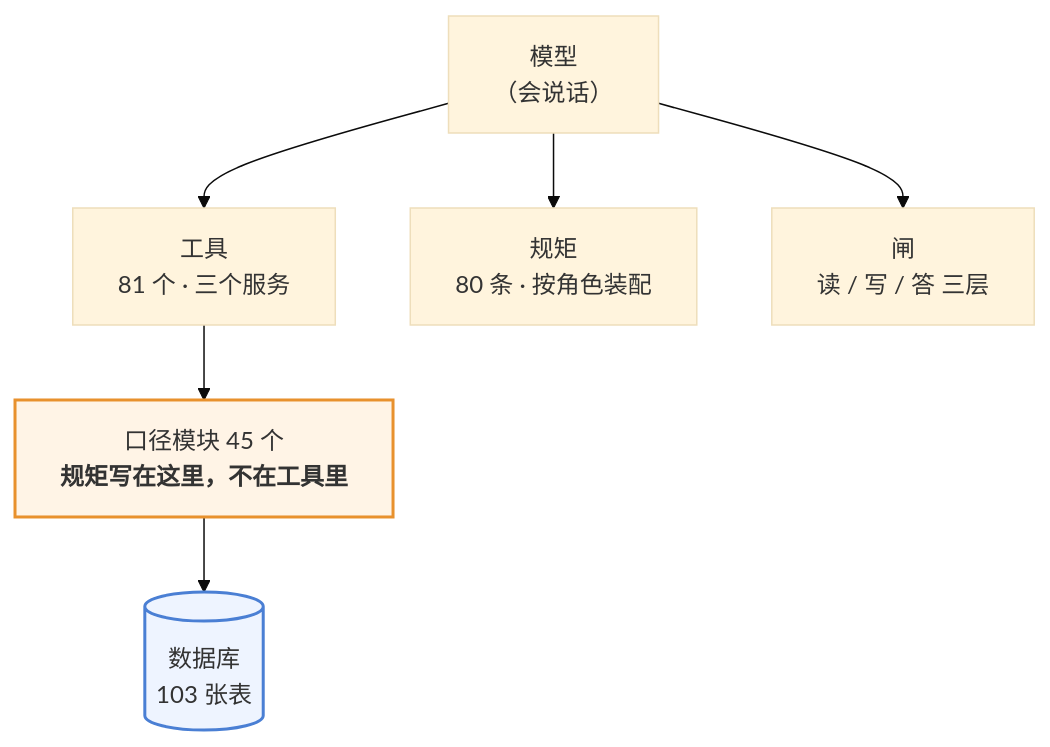
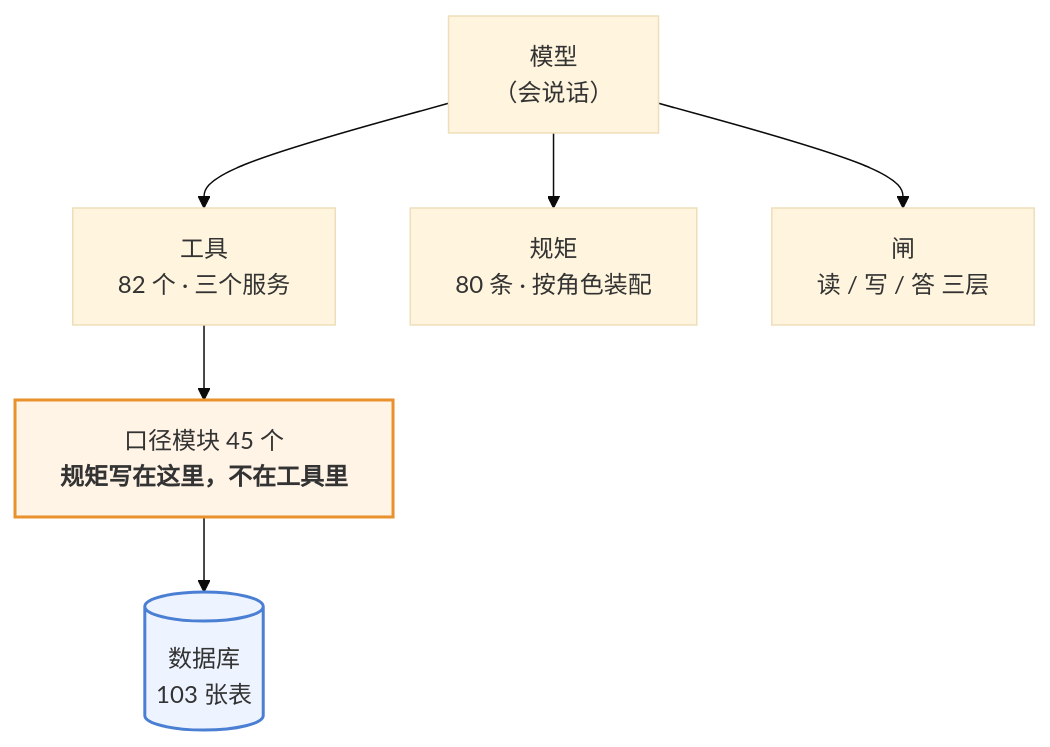
The first of 3 diagrams in 澜绣云裳agent-产品说明.md (843773296-rgb/lanxiu-yunshang-agent), drawn with Mermaid (base theme) before and after one commit. The commit also changed other lines of this file and 14 other files, not shown here.

````diff
--- a/澜绣云裳agent-产品说明.md
+++ b/澜绣云裳agent-产品说明.md
@@ -62,12 +62,12 @@
 ```mermaid
 flowchart TD
     M["模型<br/>（会说话）"]
-    M --> T["工具<br/>81 个 · 三个服务"]
+    M --> T["工具<br/>82 个 · 三个服务"]
     M --> R["规矩<br/>80 条 · 按角色装配"]
     M --> G["闸<br/>读 / 写 / 答 三层"]
     T --> K["口径模块 45 个<br/><b>规矩写在这里，不在工具里</b>"]
     K --> DB[("数据库<br/>103 张表")]
 
     style K fill:#fff4e6,stroke:#e8912d,stroke-width:2px
     style DB fill:#eef4ff,stroke:#4a7fd4,stroke-width:2px
 ```
````
